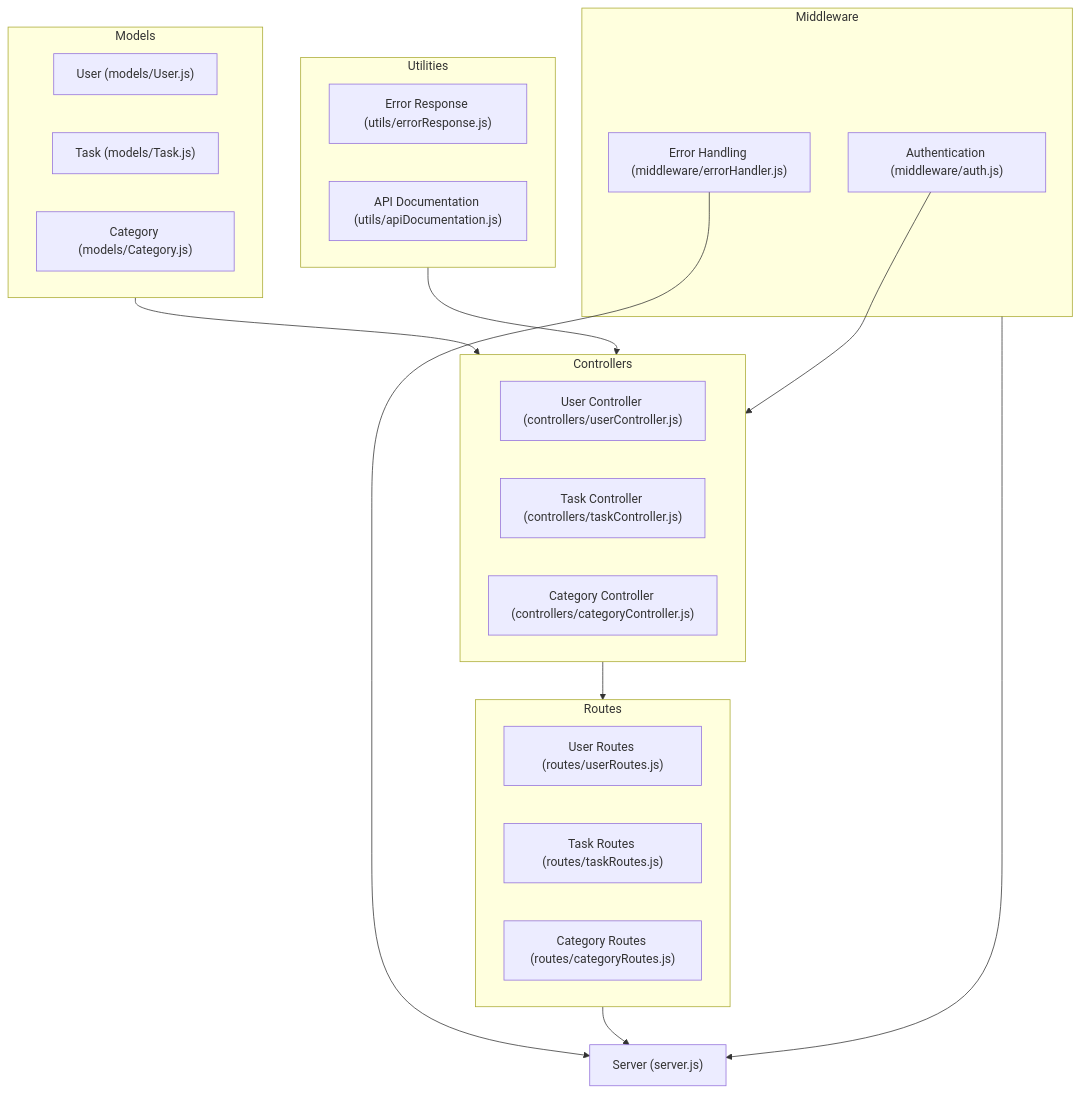
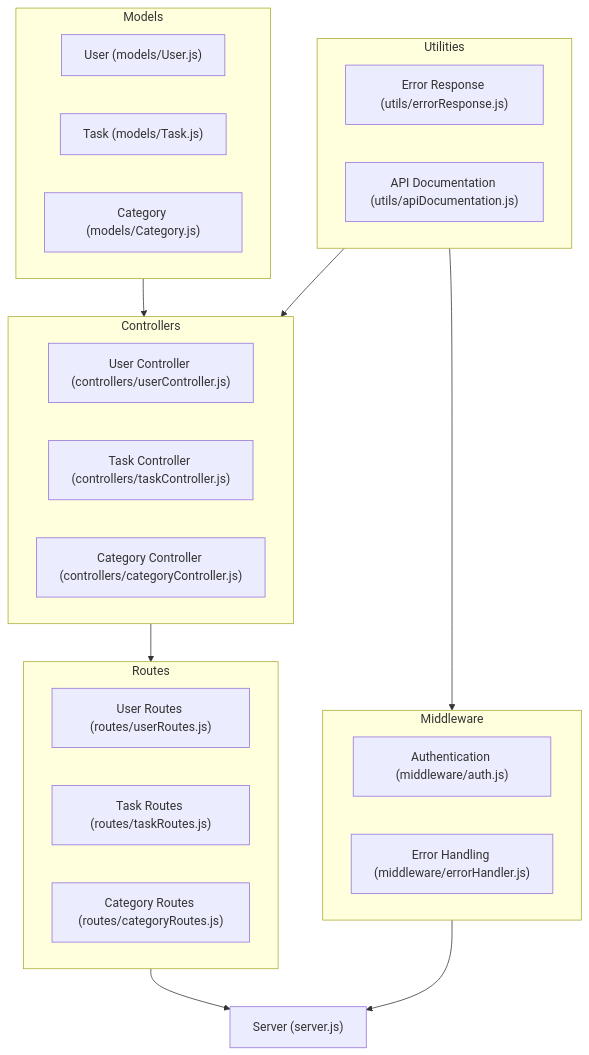
One commit to handesaiProjects/Personal-Task-Manager-API changed the first of 2 diagrams in README.md. Above: the diagram before and after it, drawn with Mermaid.

Commit message:
update flowchart

````diff
--- a/README.md
+++ b/README.md
@@ -8,34 +8,32 @@
 ```mermaid
 flowchart TB
 subgraph Models
 User["User (models/User.js)"]
 Task["Task (models/Task.js)"]
 Category["Category (models/Category.js)"]
 end
 subgraph Controllers
 UserController["User Controller (controllers/userController.js)"]
 TaskController["Task Controller (controllers/taskController.js)"]
 CategoryController["Category Controller (controllers/categoryController.js)"]
 end
 subgraph Routes
 UserRoutes["User Routes (routes/userRoutes.js)"]
 TaskRoutes["Task Routes (routes/taskRoutes.js)"]
 CategoryRoutes["Category Routes (routes/categoryRoutes.js)"]
 end
 subgraph Middleware
 Auth["Authentication (middleware/auth.js)"]
 ErrorHandler["Error Handling (middleware/errorHandler.js)"]
 end
 subgraph Utilities
 ErrorResponse["Error Response (utils/errorResponse.js)"]
 ApiDocumentation["API Documentation (utils/apiDocumentation.js)"]
 end
-Server["Server (server.js)"]
 Models --> Controllers
 Controllers --> Routes
-Routes --> Server
+Routes --> Server["Server (server.js)"]
 Middleware --> Server
+Utilities --> Middleware
 Utilities --> Controllers
-Auth --> Controllers
-ErrorHandler --> Server
 ```
````
